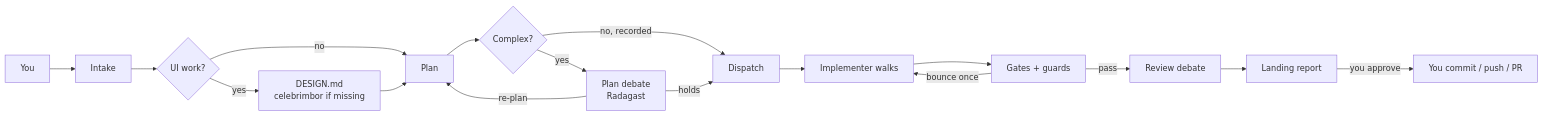
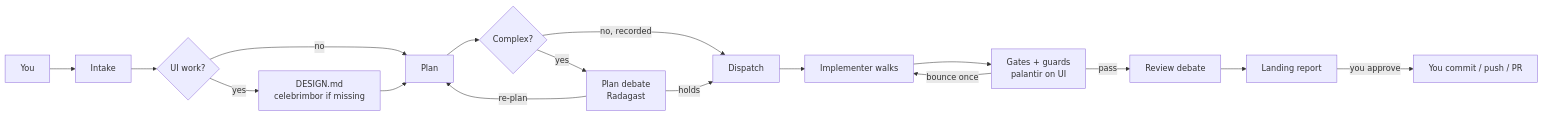
Before and after one commit to Ahmed-ElKashif/gandalf: the diagram in README.md, drawn with Mermaid. The commit also changed other lines of this file and 9 other files, not shown here.

````diff
--- a/README.md
+++ b/README.md
@@ -103,19 +104,19 @@
 ```mermaid
 flowchart LR
   Y[You] --> I[Intake]
   I --> D{UI work?}
   D -->|yes| C[DESIGN.md<br/>celebrimbor if missing]
   D -->|no| P[Plan]
   C --> P
   P --> Q{Complex?}
   Q -->|yes| R[Plan debate<br/>Radagast]
   Q -->|no, recorded| DI[Dispatch]
   R -->|holds| DI
   R -->|re-plan| P
   DI --> H[Implementer walks]
-  H --> G[Gates + guards]
+  H --> G[Gates + guards<br/>palantir on UI]
   G -->|bounce once| H
   G -->|pass| V[Review debate]
   V --> L[Landing report]
   L -->|you approve| Y2[You commit / push / PR]
 ```
````
